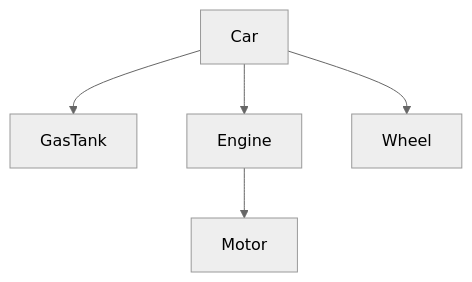
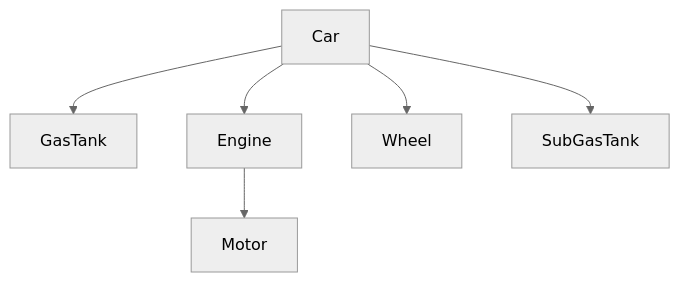
One commit to wnameless/spring-boot-up-data-mongodb changed the diagram in README.md. Above: the diagram before and after it, drawn with Mermaid (neutral theme).

Commit message:
Add SubGasTank to ERM

````diff
--- a/README.md
+++ b/README.md
@@ -22,7 +22,8 @@
 ```mermaid
 graph TD;
     Car-->GasTank;
     Car-->Engine;
     Engine-->Motor;
     Car-->Wheel;
+    Car-->SubGasTank
 ```
````
